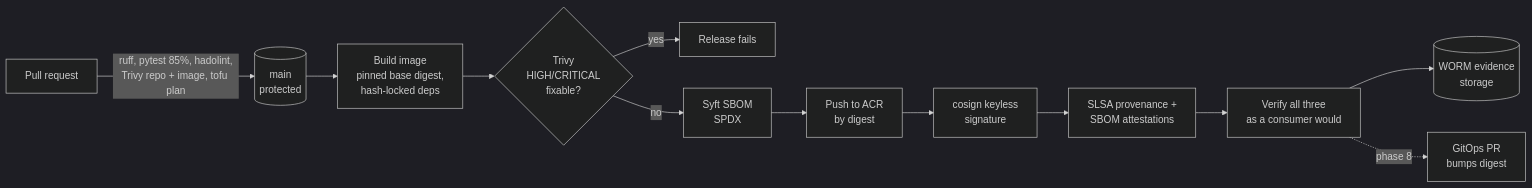
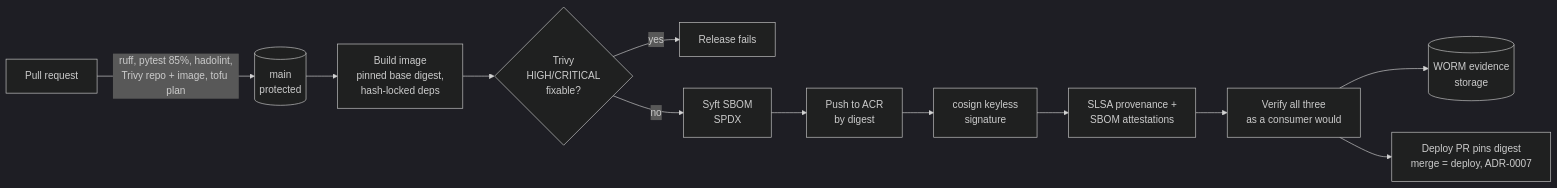
The diagram in docs/supply-chain-slsa.md (martineh4/healthqueue-platform), drawn with Mermaid (dark theme) before and after one commit. The commit also changed 15 other files, not shown here.

First line of the commit message:
Open a deploy pull request for every verified release (phase 8)

````diff
--- a/docs/supply-chain-slsa.md
+++ b/docs/supply-chain-slsa.md
@@ -23,14 +23,14 @@
 ```mermaid
 flowchart LR
   PR[Pull request] -->|ruff, pytest 85%, hadolint,<br/>Trivy repo + image, tofu plan| Main[(main<br/>protected)]
   Main --> Build[Build image<br/>pinned base digest,<br/>hash-locked deps]
   Build --> Gate{Trivy<br/>HIGH/CRITICAL<br/>fixable?}
   Gate -->|yes| Stop[Release fails]
   Gate -->|no| SBOM[Syft SBOM<br/>SPDX]
   SBOM --> Push[Push to ACR<br/>by digest]
   Push --> Sign[cosign keyless<br/>signature]
   Sign --> Attest[SLSA provenance +<br/>SBOM attestations]
   Attest --> Verify[Verify all three<br/>as a consumer would]
   Verify --> Evidence[(WORM evidence<br/>storage)]
-  Verify -.phase 8.-> GitOps[GitOps PR<br/>bumps digest]
+  Verify --> GitOps[Deploy PR pins digest<br/>merge = deploy, ADR-0007]
 ```
````
